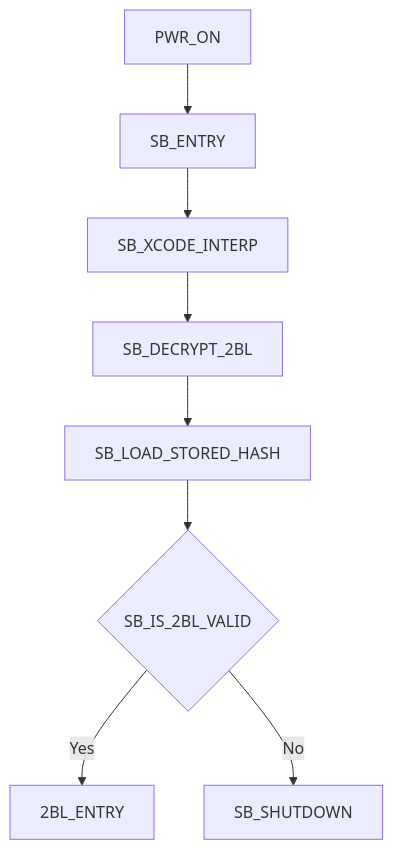
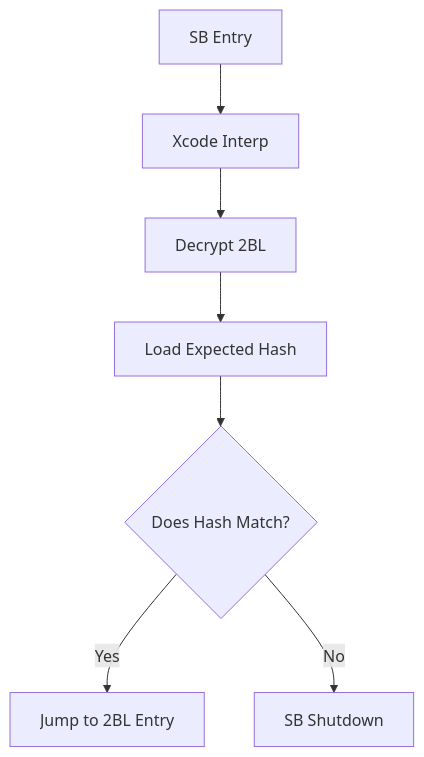
Before and after one commit to tommojphillips/XboxBiosTool: the diagram in boot_state_diagram_mcpx_rev0.md, drawn with Mermaid.

````diff
--- a/boot_state_diagram_mcpx_rev0.md
+++ b/boot_state_diagram_mcpx_rev0.md
@@ -1,13 +1,14 @@
 ```mermaid
 graph TD;
 
-PWR_ON-->SB_ENTRY
-SB_ENTRY-->SB_XCODE_INTERP
-SB_XCODE_INTERP-->SB_DECRYPT_2BL
+SB_ENTRY[SB Entry]-->SB_XCODE_INTERP
+SB_XCODE_INTERP[Xcode Interp]-->SB_DECRYPT_2BL
 
-SB_DECRYPT_2BL-->SB_LOAD_STORED_HASH
-SB_LOAD_STORED_HASH-->SB_IS_2BL_VALID{SB_IS_2BL_VALID}
+SB_DECRYPT_2BL[Decrypt 2BL]-->SB_LOAD_STORED_HASH
+SB_LOAD_STORED_HASH[Load Expected Hash]-->SB_IS_2BL_VALID{Does Hash Match?}
 SB_IS_2BL_VALID-->|Yes|2BL_ENTRY
 SB_IS_2BL_VALID-->|No|SB_SHUTDOWN
 
+2BL_ENTRY[Jump to 2BL Entry]
+SB_SHUTDOWN[SB Shutdown]
 ```
````
